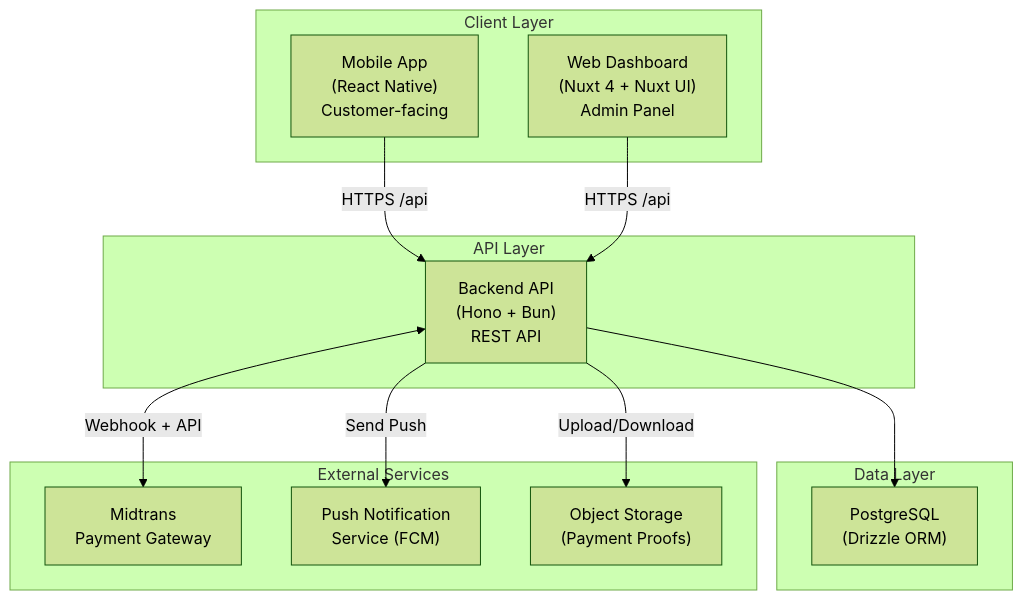
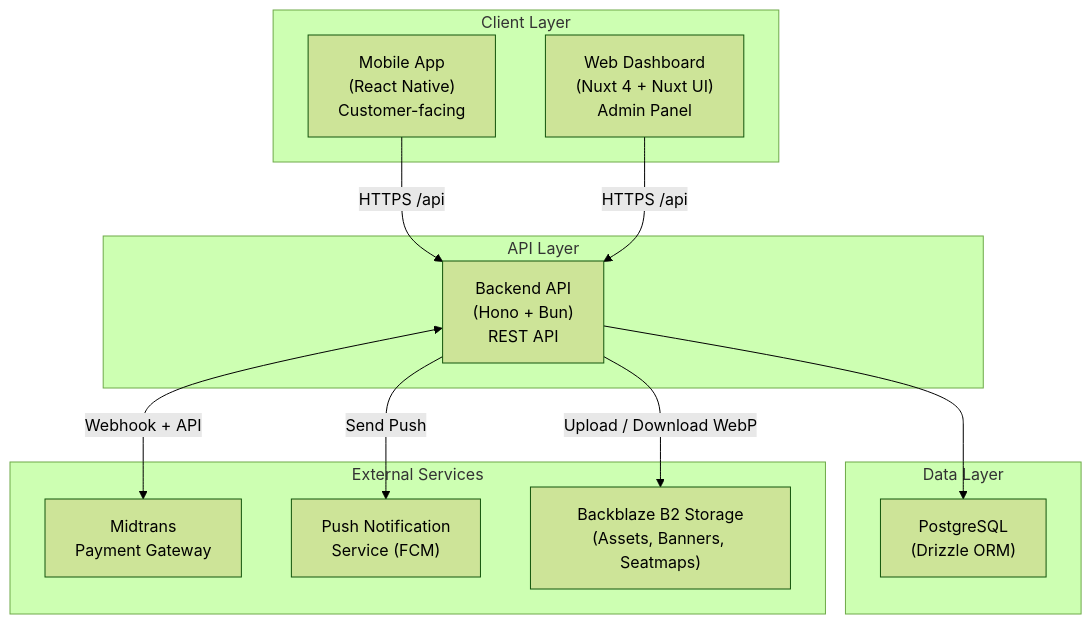
One commit to Artdi222/GG-Tix changed the first of 7 diagrams in prd/GG Tix - Dokumen Konsep Lengkap.md. Above: the diagram before and after it, drawn with Mermaid (forest theme). The commit also changed other lines of this file and 12 other files, not shown here.

````diff
--- a/prd/GG Tix - Dokumen Konsep Lengkap.md
+++ b/prd/GG Tix - Dokumen Konsep Lengkap.md
@@ -117,28 +121,28 @@
 ```mermaid
 graph TB
     subgraph "Client Layer"
         MA["Mobile App<br/>(React Native)<br/>Customer-facing"]
         WA["Web Dashboard<br/>(Nuxt 4 + Nuxt UI)<br/>Admin Panel"]
     end
 
     subgraph "API Layer"
         API["Backend API<br/>(Hono + Bun)<br/>REST API"]
     end
 
     subgraph "Data Layer"
         DB["PostgreSQL<br/>(Drizzle ORM)"]
     end
 
     subgraph "External Services"
         PG["Midtrans<br/>Payment Gateway"]
         PUSH["Push Notification<br/>Service (FCM)"]
-        STORE["Object Storage<br/>(Payment Proofs)"]
+        STORE["Backblaze B2 Storage<br/>(Assets, Banners, Seatmaps)"]
     end
 
     MA -->|HTTPS /api| API
     WA -->|HTTPS /api| API
     API --> DB
     API <-->|Webhook + API| PG
     API -->|Send Push| PUSH
-    API -->|Upload/Download| STORE
+    API -->|Upload / Download WebP| STORE
 ```
````
